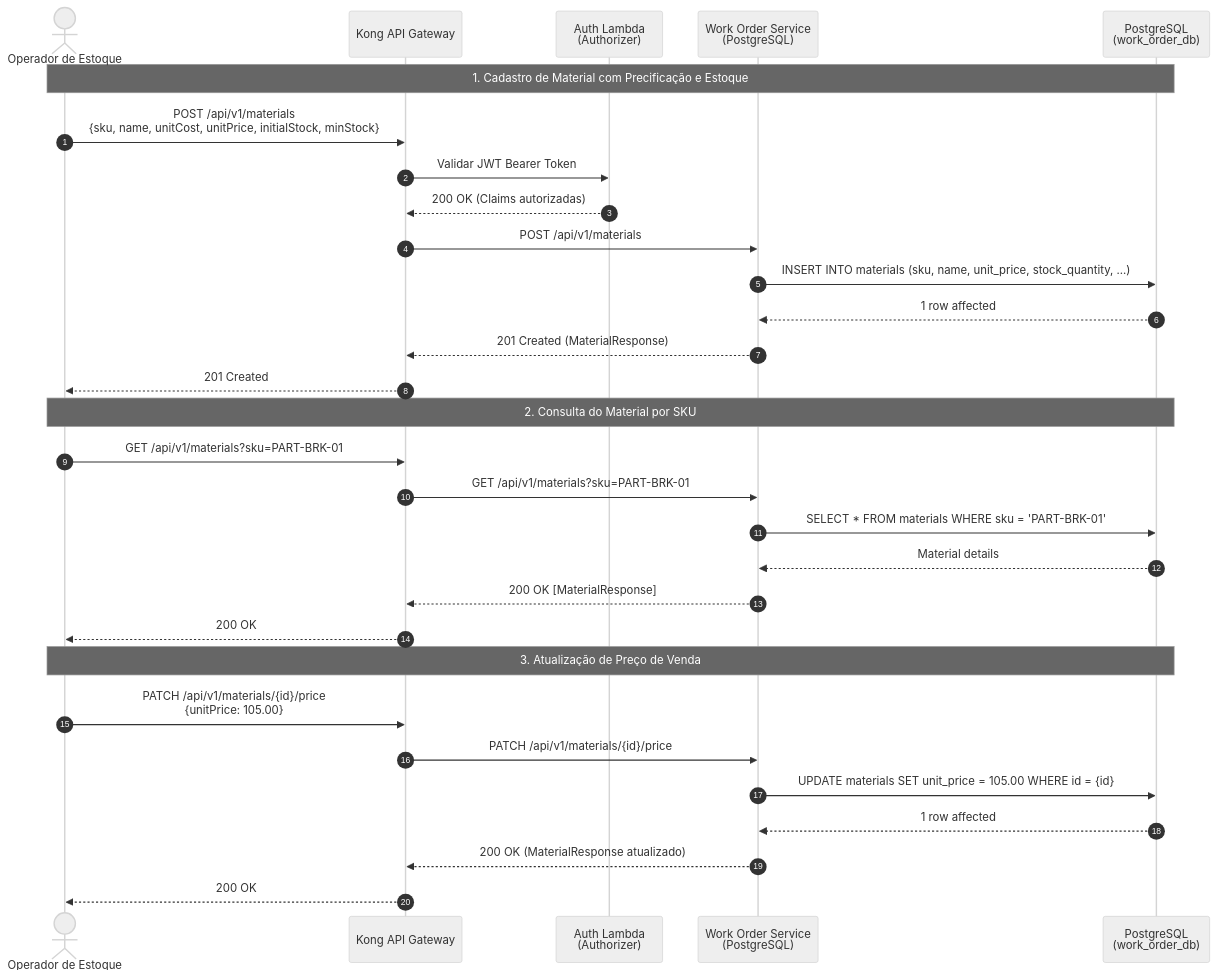
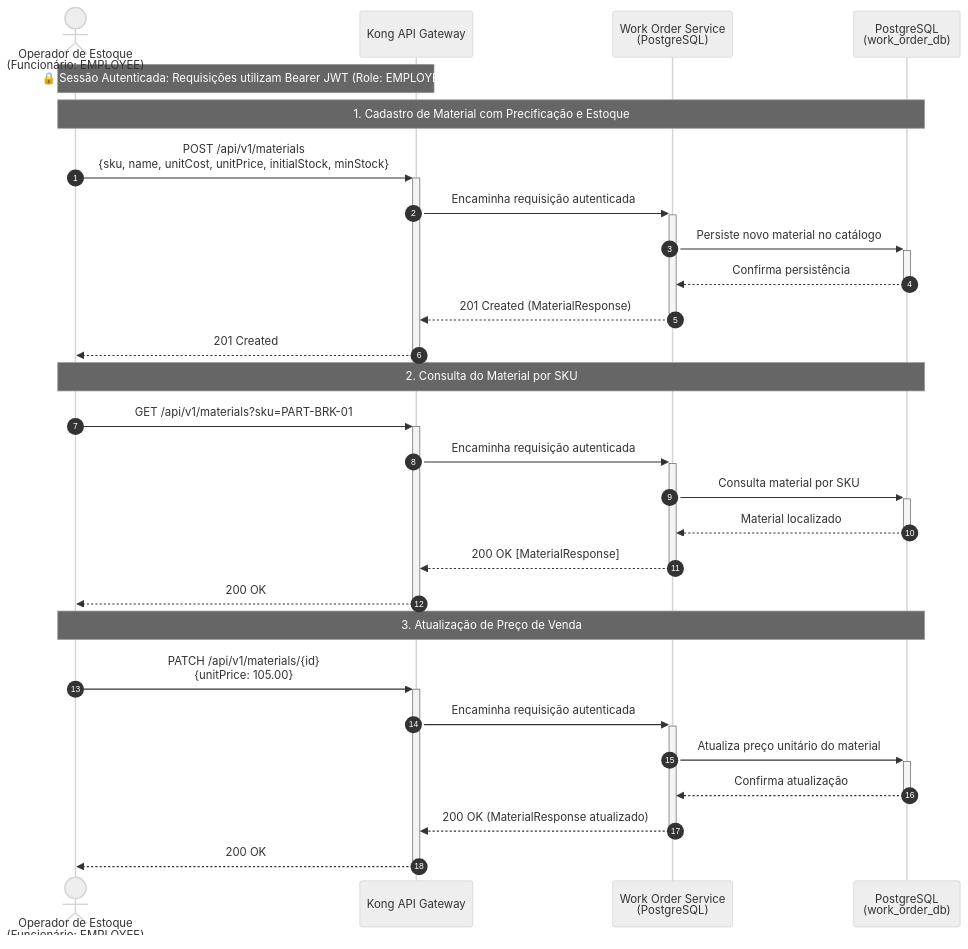
The diagram in src/test/resources/features/work-order/material_management.md (rodsordi/15soat-phase4-e2e), drawn with Mermaid (neutral theme) before and after one commit. The commit also changed 12 other files, not shown here.

Commit message:
test(e2e): update work order step definitions and feature docs for restful query parameters

````diff
--- a/src/test/resources/features/work-order/material_management.md
+++ b/src/test/resources/features/work-order/material_management.md
@@ -6,35 +6,37 @@
 ```mermaid
 sequenceDiagram
     autonumber
-    actor Operator as Operador de Estoque
+    actor Operator as Operador de Estoque<br/>(Funcionário: EMPLOYEE)
     participant Kong as Kong API Gateway
-    participant Auth as Auth Lambda<br/>(Authorizer)
     participant WorkOrder as Work Order Service<br/>(PostgreSQL)
     participant DB as PostgreSQL<br/>(work_order_db)
 
+    Note over Operator,Kong: 🔒 Sessão Autenticada: Requisições utilizam Bearer JWT (Role: EMPLOYEE)
+
+    %% 1. Cadastro de Material
     Note over Operator,DB: 1. Cadastro de Material com Precificação e Estoque
-    Operator->>Kong: POST /api/v1/materials<br/>{sku, name, unitCost, unitPrice, initialStock, minStock}
-    Kong->>Auth: Validar JWT Bearer Token
-    Auth-->>Kong: 200 OK (Claims autorizadas)
-    Kong->>WorkOrder: POST /api/v1/materials
-    WorkOrder->>DB: INSERT INTO materials (sku, name, unit_price, stock_quantity, ...)
-    DB-->>WorkOrder: 1 row affected
-    WorkOrder-->>Kong: 201 Created (MaterialResponse)
-    Kong-->>Operator: 201 Created
+    Operator->>+Kong: POST /api/v1/materials<br/>{sku, name, unitCost, unitPrice, initialStock, minStock}
+    Kong->>+WorkOrder: Encaminha requisição autenticada
+    WorkOrder->>+DB: Persiste novo material no catálogo
+    DB-->>-WorkOrder: Confirma persistência
+    WorkOrder-->>-Kong: 201 Created (MaterialResponse)
+    Kong-->>-Operator: 201 Created
 
+    %% 2. Consulta de Material
     Note over Operator,DB: 2. Consulta do Material por SKU
-    Operator->>Kong: GET /api/v1/materials?sku=PART-BRK-01
-    Kong->>WorkOrder: GET /api/v1/materials?sku=PART-BRK-01
-    WorkOrder->>DB: SELECT * FROM materials WHERE sku = 'PART-BRK-01'
-    DB-->>WorkOrder: Material details
-    WorkOrder-->>Kong: 200 OK [MaterialResponse]
-    Kong-->>Operator: 200 OK
+    Operator->>+Kong: GET /api/v1/materials?sku=PART-BRK-01
+    Kong->>+WorkOrder: Encaminha requisição autenticada
+    WorkOrder->>+DB: Consulta material por SKU
+    DB-->>-WorkOrder: Material localizado
+    WorkOrder-->>-Kong: 200 OK [MaterialResponse]
+    Kong-->>-Operator: 200 OK
 
+    %% 3. Atualização de Preço
     Note over Operator,DB: 3. Atualização de Preço de Venda
-    Operator->>Kong: PATCH /api/v1/materials/{id}/price<br/>{unitPrice: 105.00}
-    Kong->>WorkOrder: PATCH /api/v1/materials/{id}/price
-    WorkOrder->>DB: UPDATE materials SET unit_price = 105.00 WHERE id = {id}
-    DB-->>WorkOrder: 1 row affected
-    WorkOrder-->>Kong: 200 OK (MaterialResponse atualizado)
-    Kong-->>Operator: 200 OK
+    Operator->>+Kong: PATCH /api/v1/materials/{id}<br/>{unitPrice: 105.00}
+    Kong->>+WorkOrder: Encaminha requisição autenticada
+    WorkOrder->>+DB: Atualiza preço unitário do material
+    DB-->>-WorkOrder: Confirma atualização
+    WorkOrder-->>-Kong: 200 OK (MaterialResponse atualizado)
+    Kong-->>-Operator: 200 OK
 ```
````
